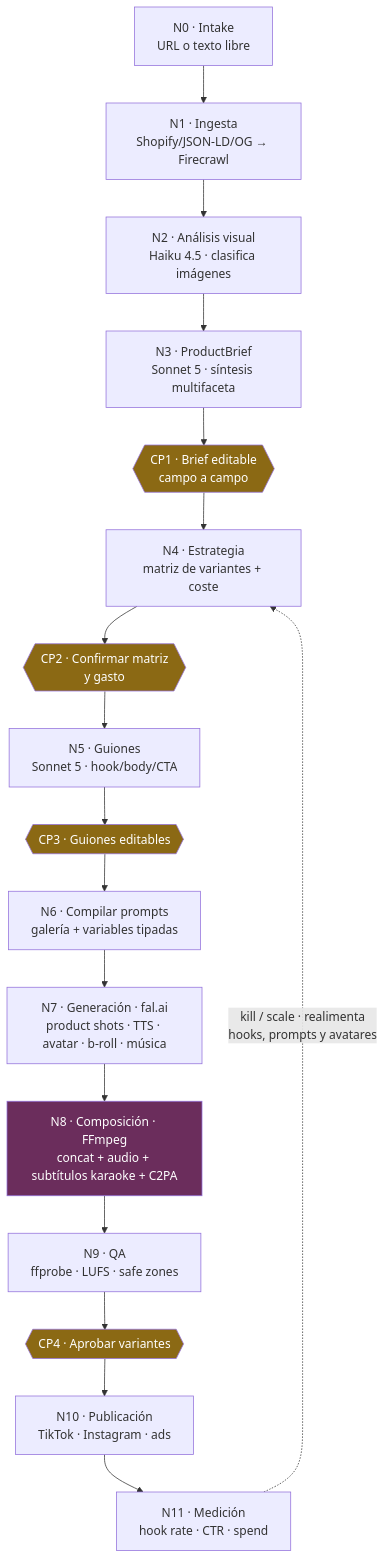
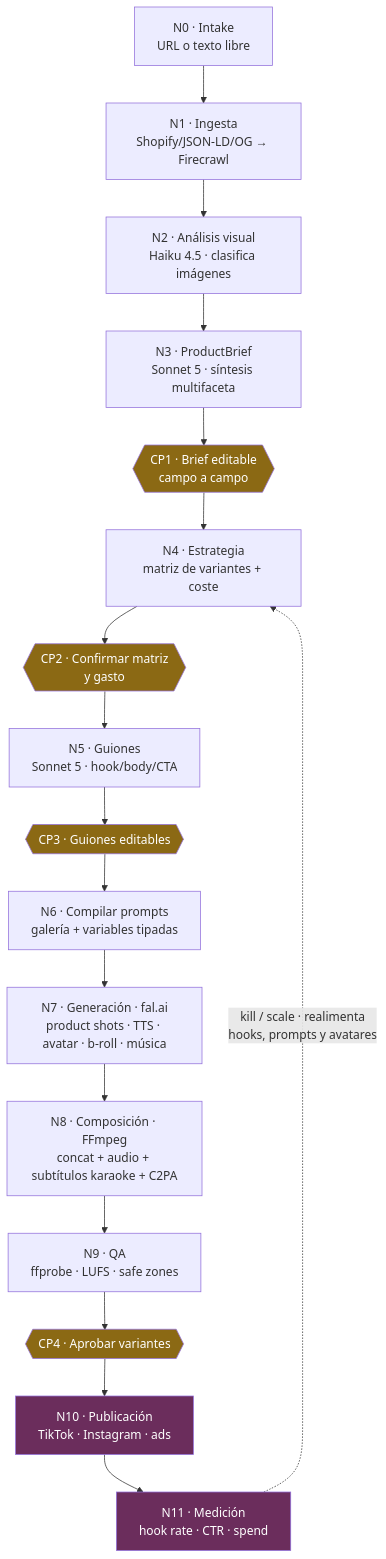
One commit to carlosvillu/ugc-factory changed the third of 3 diagrams in README.md. Above: the diagram before and after it, drawn with Mermaid. The commit also changed other lines of this file and 5 other files, not shown here.

````diff
--- a/README.md
+++ b/README.md
@@ -129,25 +129,26 @@
 ```mermaid
 flowchart TD
     N0["N0 · Intake<br/>URL o texto libre"] --> N1["N1 · Ingesta<br/>Shopify/JSON-LD/OG → Firecrawl"]
     N1 --> N2["N2 · Análisis visual<br/>Haiku 4.5 · clasifica imágenes"]
     N2 --> N3["N3 · ProductBrief<br/>Sonnet 5 · síntesis multifaceta"]
     N3 --> CP1{{"CP1 · Brief editable<br/>campo a campo"}}
     CP1 --> N4["N4 · Estrategia<br/>matriz de variantes + coste"]
     N4 --> CP2{{"CP2 · Confirmar matriz<br/>y gasto"}}
     CP2 --> N5["N5 · Guiones<br/>Sonnet 5 · hook/body/CTA"]
     N5 --> CP3{{"CP3 · Guiones editables"}}
     CP3 --> N6["N6 · Compilar prompts<br/>galería + variables tipadas"]
     N6 --> N7["N7 · Generación · fal.ai<br/>product shots · TTS · avatar · b-roll · música"]
     N7 --> N8["N8 · Composición · FFmpeg<br/>concat + audio + subtítulos karaoke + C2PA"]
     N8 --> N9["N9 · QA<br/>ffprobe · LUFS · safe zones"]
     N9 --> CP4{{"CP4 · Aprobar variantes"}}
     CP4 --> N10["N10 · Publicación<br/>TikTok · Instagram · ads"]
     N10 --> N11["N11 · Medición<br/>hook rate · CTR · spend"]
     N11 -.->|"kill / scale · realimenta<br/>hooks, prompts y avatares"| N4
 
     style CP1 fill:#8b6914,color:#fff
     style CP2 fill:#8b6914,color:#fff
     style CP3 fill:#8b6914,color:#fff
     style CP4 fill:#8b6914,color:#fff
-    style N8 fill:#6b2d5c,color:#fff
+    style N10 fill:#6b2d5c,color:#fff
+    style N11 fill:#6b2d5c,color:#fff
 ```
````
